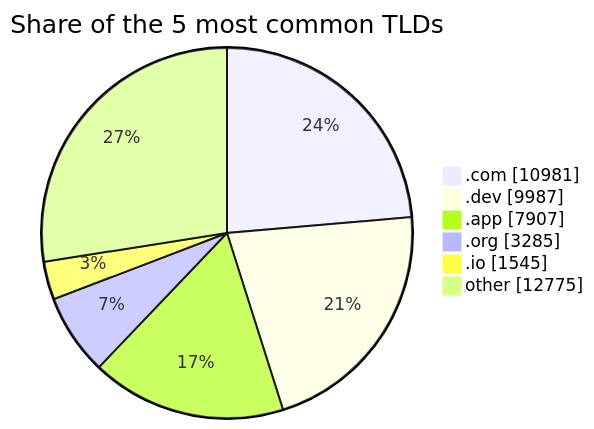
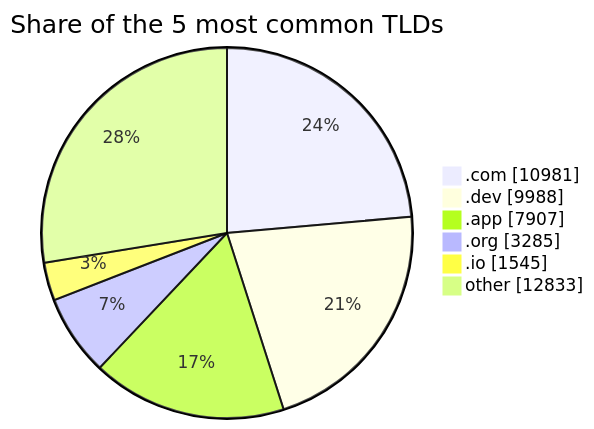
The third of 3 diagrams in README.md (DNSBunker/CTI), drawn with Mermaid before and after one commit. The commit also changed other lines of this file and 3 other files, not shown here.

````diff
--- a/README.md
+++ b/README.md
@@ -81,9 +81,9 @@
 ```mermaid
 pie showData title Share of the 5 most common TLDs
     ".com" : 10981
-    ".dev" : 9987
+    ".dev" : 9988
     ".app" : 7907
     ".org" : 3285
     ".io" : 1545
-    "other" : 12775
+    "other" : 12833
 ```
````
